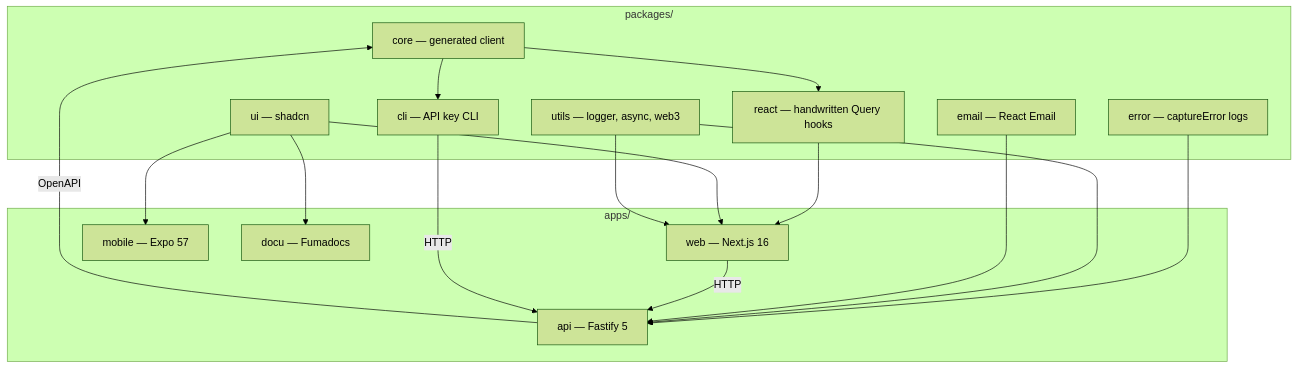
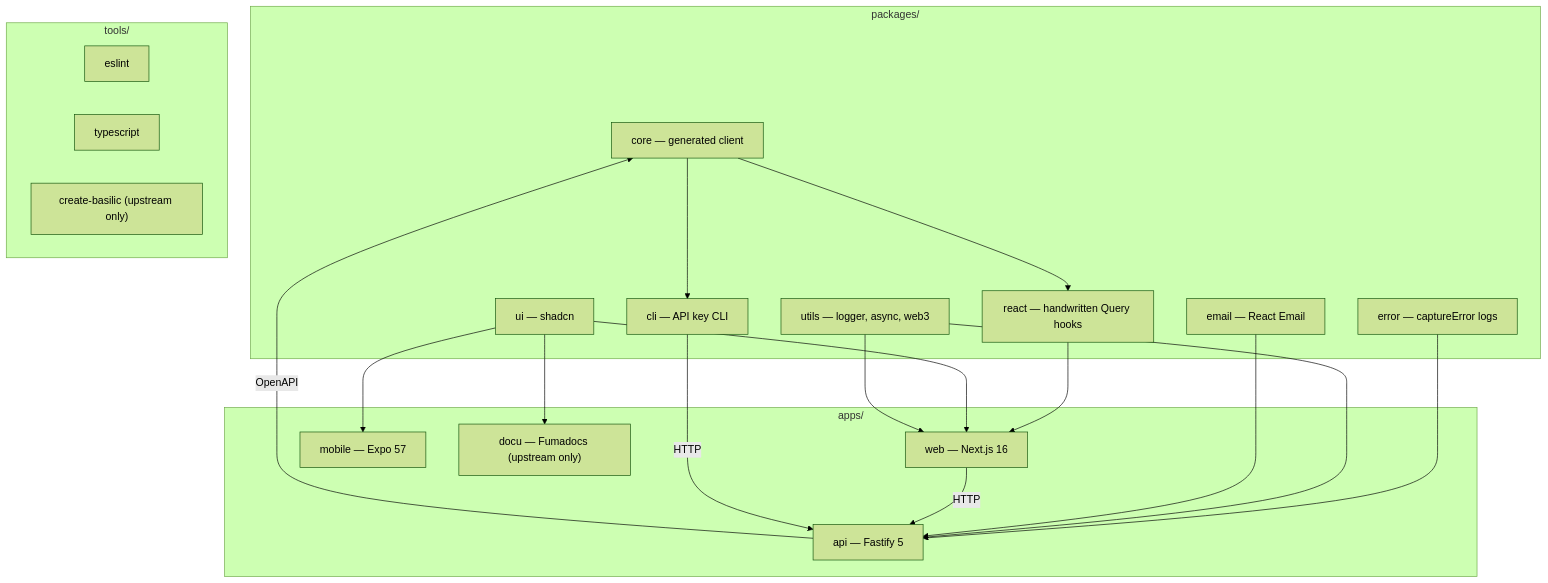
Before and after one commit to blockmatic/basilic: the diagram in apps/docu/content/docs/architecture/monorepo.mdx, drawn with Mermaid (forest theme). The commit also changed other lines of this file and 227 other files, not shown here.

````diff
--- a/apps/docu/content/docs/architecture/monorepo.mdx
+++ b/apps/docu/content/docs/architecture/monorepo.mdx
@@ -8,33 +8,39 @@
 ```mermaid
 flowchart TB
   subgraph Packages["packages/"]
     Core["core — generated client"]
     React["react — handwritten Query hooks"]
     UI["ui — shadcn"]
     Error["error — captureError logs"]
     Utils["utils — logger, async, web3"]
     Email["email — React Email"]
     Cli["cli — API key CLI"]
   end
 
   subgraph Apps["apps/"]
     API["api — Fastify 5"]
     Web["web — Next.js 16"]
     Mobile["mobile — Expo 57"]
-    Docu["docu — Fumadocs"]
+    Docu["docu — Fumadocs (upstream only)"]
+  end
+
+  subgraph Tools["tools/"]
+    Eslint["eslint"]
+    Ts["typescript"]
+    Create["create-basilic (upstream only)"]
   end
 
   API -->|OpenAPI| Core
   Core --> React
   Core --> Cli
   React --> Web
   UI --> Web
   UI --> Mobile
   UI --> Docu
   Error --> API
   Utils --> API
   Utils --> Web
   Email --> API
   Web -->|HTTP| API
   Cli -->|HTTP| API
 ```
````
